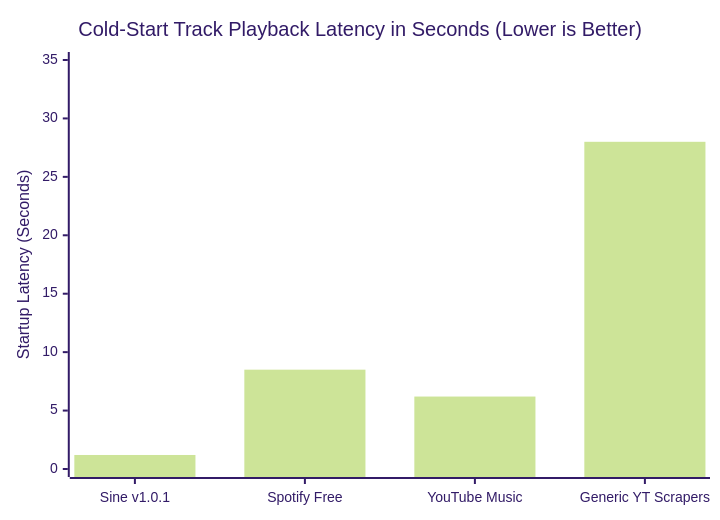
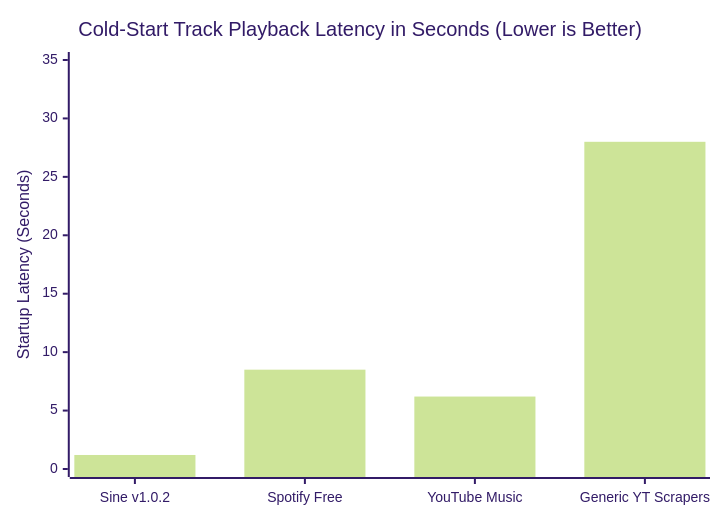
Before and after one commit to taezeem14/PulsePipe: the third of 5 diagrams in README.md, drawn with Mermaid (forest theme). The commit also changed other lines of this file and 5 other files, not shown here.

````diff
--- a/README.md
+++ b/README.md
@@ -125,7 +125,7 @@
 ```mermaid
 xychart-beta
     title "Cold-Start Track Playback Latency in Seconds (Lower is Better)"
-    x-axis ["Sine v1.0.1", "Spotify Free", "YouTube Music", "Generic YT Scrapers"]
+    x-axis ["Sine v1.0.2", "Spotify Free", "YouTube Music", "Generic YT Scrapers"]
     y-axis "Startup Latency (Seconds)" 0 --> 35
     bar [1.2, 8.5, 6.2, 28.0]
 ```
````
